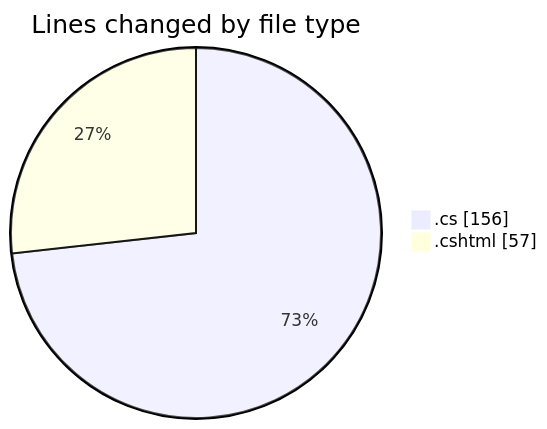
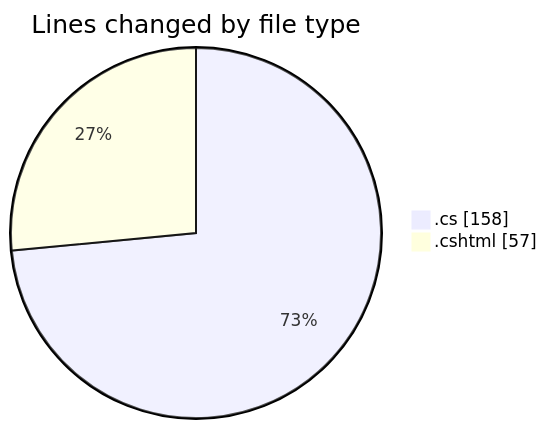
Before and after one commit to lephambinh05/code-tracking: the first of 2 diagrams in 2025-07-22/cnpm/README.md, drawn with Mermaid. The commit also changed other lines of this file and 1 other file, not shown here.

````diff
--- a/2025-07-22/cnpm/README.md
+++ b/2025-07-22/cnpm/README.md
@@ -24,6 +24,6 @@
 ```mermaid
 pie showData
 title Lines changed by file type
-".cs" : 156
+".cs" : 158
 ".cshtml" : 57
 ```
````
